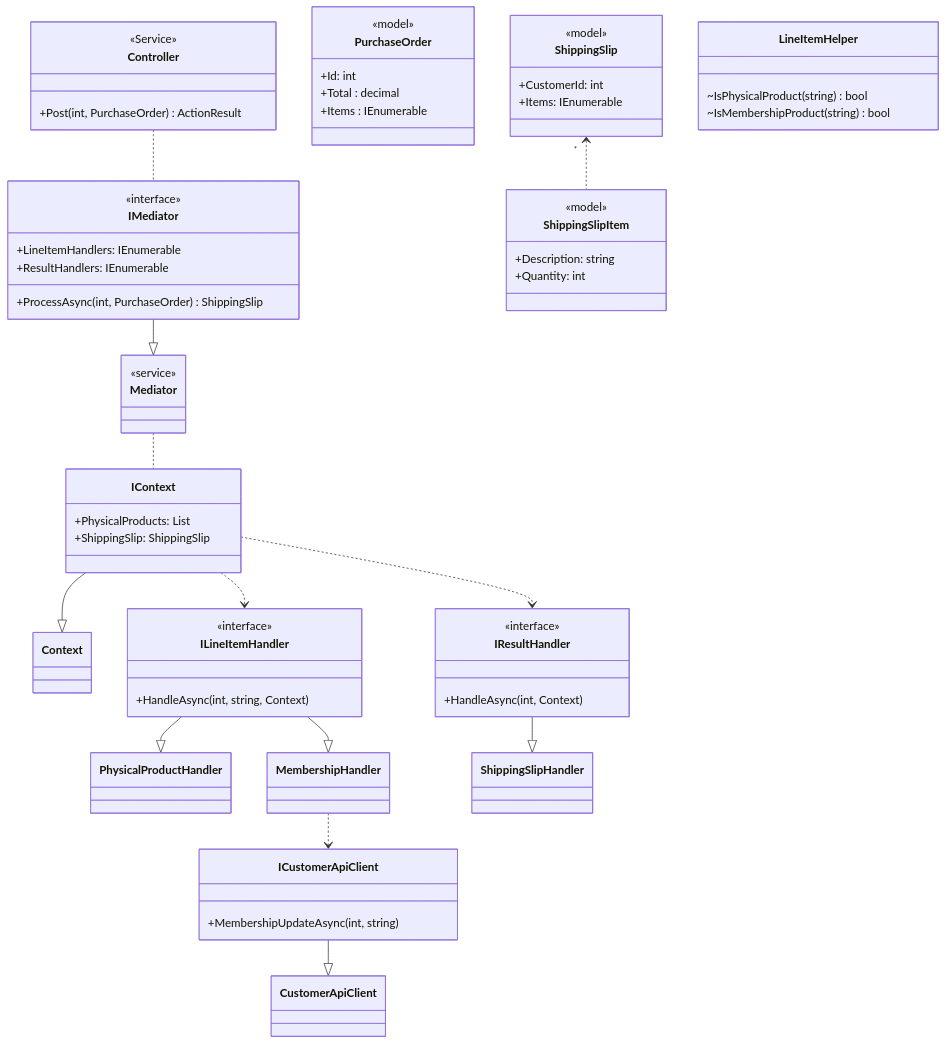
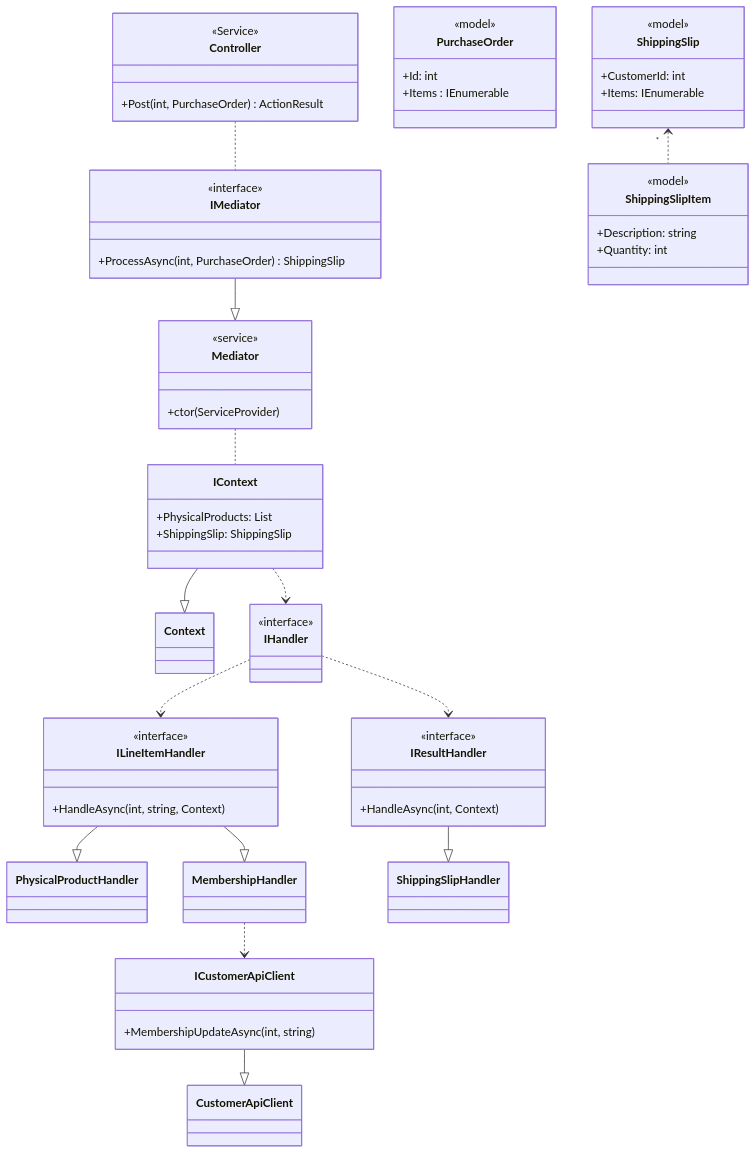
Before and after one commit to shanepask/PurchaseOrderProcessor: the second of 3 diagrams in documentation/Design Document.md, drawn with Mermaid. The commit also changed other lines of this file and 26 other files, not shown here.

````diff
--- a/documentation/Design Document.md
+++ b/documentation/Design Document.md
@@ -138,7 +138,6 @@
 	class PurchaseOrder {
 		<<model>>
 		+Id: int
-		+Total : decimal 
 		+Items : IEnumerable<string>
 	}
 	
@@ -157,14 +156,13 @@
 		
 	class IMediator{
 		<<interface>>
-		+LineItemHandlers: IEnumerable<Type>
-		+ResultHandlers: IEnumerable<Type>
 		+ProcessAsync(int, PurchaseOrder)ShippingSlip
 	}
 	
 	IMediator--|>Mediator
 	class Mediator {
 		<<service>>
+		+ctor(ServiceProvider)
 	}
 
 	Mediator..IContext
@@ -175,19 +173,21 @@
 	IContext--|>Context
 	class Context {
 	}
-	
-	IContext..>ILineItemHandler
+	IContext..>IHandler
+	class IHandler{
+		<<interface>>
+	}
+	IHandler..>ILineItemHandler
 	class ILineItemHandler{
 		<<interface>>
 		+HandleAsync(int, string, Context)
 	}
 	
-	IContext..>IResultHandler
+	IHandler..>IResultHandler
 	class IResultHandler{
 		<<interface>>
 		+HandleAsync(int, Context)
 	}
-
 	ILineItemHandler--|>PhysicalProductHandler
 	class PhysicalProductHandler{
 	}
@@ -208,9 +208,4 @@
 	ICustomerApiClient--|>CustomerApiClient
 	class CustomerApiClient{
 	}
-	
-	class LineItemHelper{
-		~IsPhysicalProduct(string)bool
-		~IsMembershipProduct(string)bool
-	}
 ```
````
